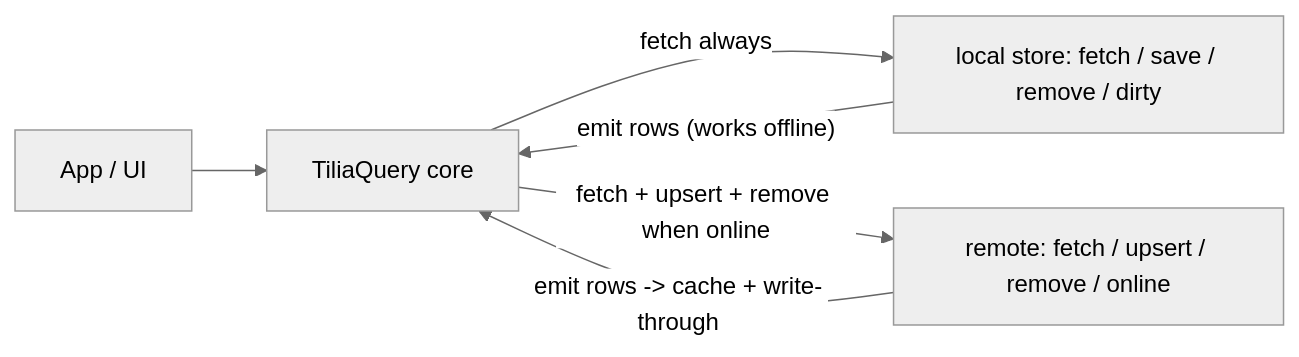
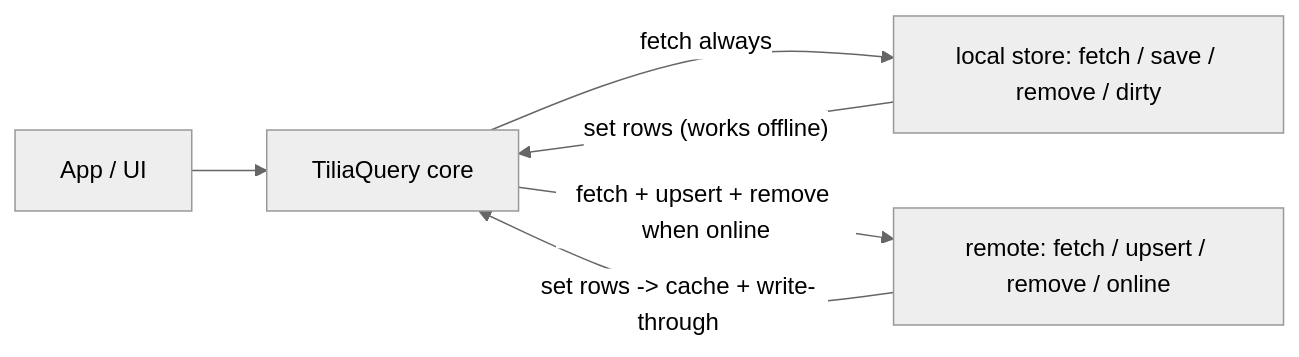
The diagram in query/README.md (tiliajs/tilia), drawn with Mermaid (neutral theme) before and after one commit. The commit also changed other lines of this file and 13 other files, not shown here.

````diff
--- a/query/README.md
+++ b/query/README.md
@@ -44,8 +44,8 @@
 ```mermaid
 flowchart LR
   app[App / UI] --> core[TiliaQuery core]
   core -->|"fetch always"| localStore["local store: fetch / save / remove / dirty"]
   core -->|"fetch + upsert + remove when online"| remoteStore["remote: fetch / upsert / remove / online"]
-  localStore -->|"emit rows (works offline)"| core
-  remoteStore -->|"emit rows -> cache + write-through"| core
+  localStore -->|"set rows (works offline)"| core
+  remoteStore -->|"set rows -> cache + write-through"| core
 ```
````
